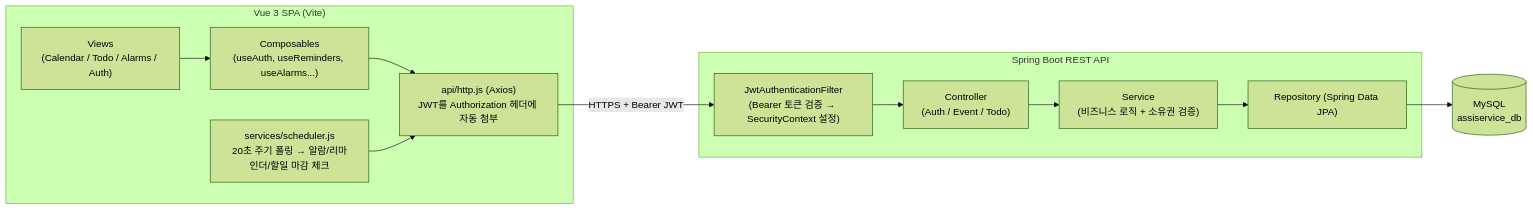
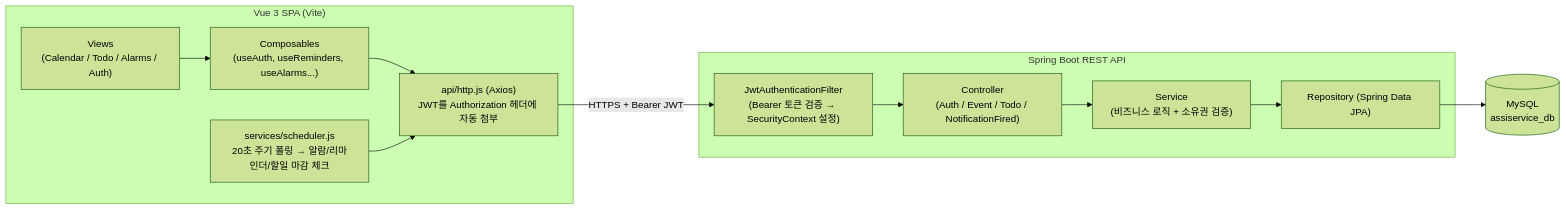
Before and after one commit to je-rgb/personal-assistant-service: the first of 3 diagrams in README.md, drawn with Mermaid (forest theme). The commit also changed other lines of this file, not shown here.

````diff
--- a/README.md
+++ b/README.md
@@ -42,24 +42,24 @@
 ```mermaid
 flowchart LR
     subgraph Client["Vue 3 SPA (Vite)"]
         Views["Views\n(Calendar / Todo / Alarms / Auth)"]
         Composables["Composables\n(useAuth, useReminders, useAlarms...)"]
         ApiLayer["api/http.js (Axios)\nJWT를 Authorization 헤더에 자동 첨부"]
         Scheduler["services/scheduler.js\n20초 주기 폴링 → 알람/리마인더/할일 마감 체크"]
         Views --> Composables --> ApiLayer
         Scheduler --> ApiLayer
     end
 
     subgraph Server["Spring Boot REST API"]
         Filter["JwtAuthenticationFilter\n(Bearer 토큰 검증 → SecurityContext 설정)"]
-        Controllers["Controller\n(Auth / Event / Todo)"]
+        Controllers["Controller\n(Auth / Event / Todo / NotificationFired)"]
         Services["Service\n(비즈니스 로직 + 소유권 검증)"]
         Repos["Repository (Spring Data JPA)"]
         Filter --> Controllers --> Services --> Repos
     end
 
     DB[(MySQL\nassiservice_db)]
 
     ApiLayer -- "HTTPS + Bearer JWT" --> Filter
     Repos --> DB
 ```
````
